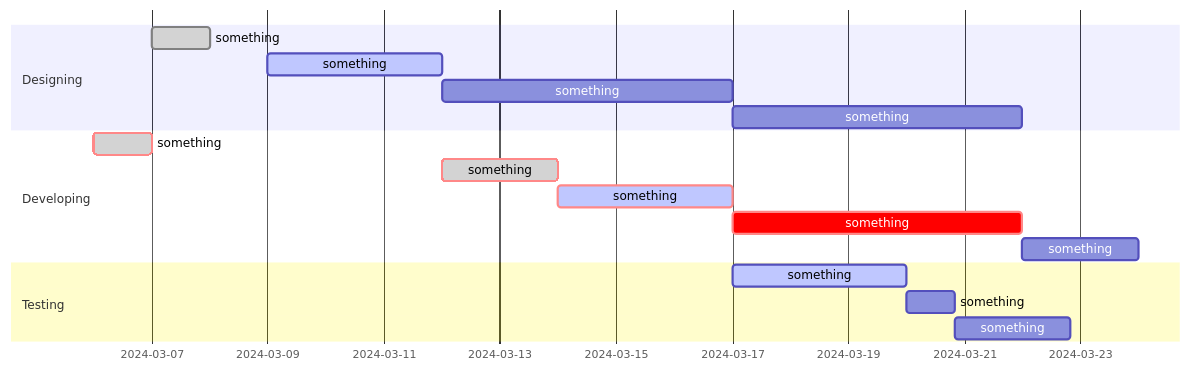
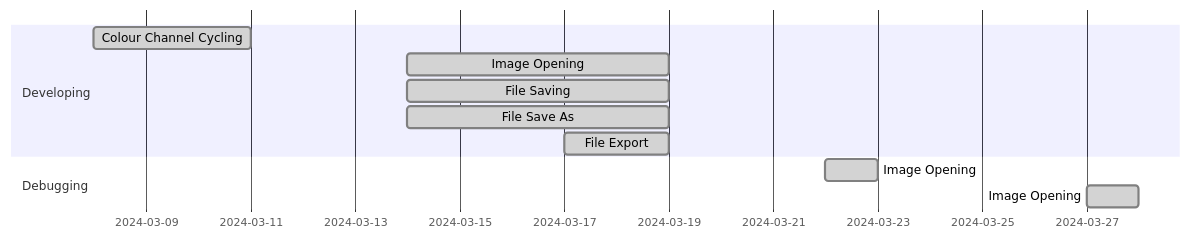
Before and after one commit to greateden/ANDIE-CodeCrafters: the diagram in README.md, drawn with Mermaid. The commit also changed other lines of this file and 1 other file, not shown here.

Commit message:
unfinished Readme.me; added codes to dispose the language changing frame

````diff
--- a/README.md
+++ b/README.md
@@ -41,20 +49,18 @@
 ```mermaid
 %% Gantt Diagram for our project
         gantt
         dateFormat  DD-MM-YYYY
-        section Designing
-            something                      :done,    des1, 07-03-2024,08-03-2024
-            something                      :active,  des2, 09-03-2024, 3d
-            something                     :         des3, after des2, 5d
-            something                     :         des4, after des3, 5d
+
         section Developing
-            something                      :crit, done, 06-03-2024,24h
-            something                             :crit, done, after des2, 2d
-            something                                 :crit, active, 3d
-            something                              :crit, 5d
-            something                                   :2d
-        section Testing
-            something                              :active, a1, after des3, 3d
-            something                               :after a1  , 20h
-            something                               : 48h
+            Colour Channel Cycling             :done, des1, 08-03-2024, 3d
+            Image Opening                      :done,  des2, 14-03-2024, 19-03-2024
+            File Saving                     :done,  des2, 14-03-2024, 19-03-2024
+            File Save As                      :done,  des2, 14-03-2024, 19-03-2024
+            File Export                    :done,  des2, 17-03-2024, 19-03-2024
+
+
+        section Debugging
+            Image Opening                      :done , 22-03-2024, 23-03-2024
+            Image Opening                      :done , 27-03-2024, 28-03-2024
+
 ```
````
